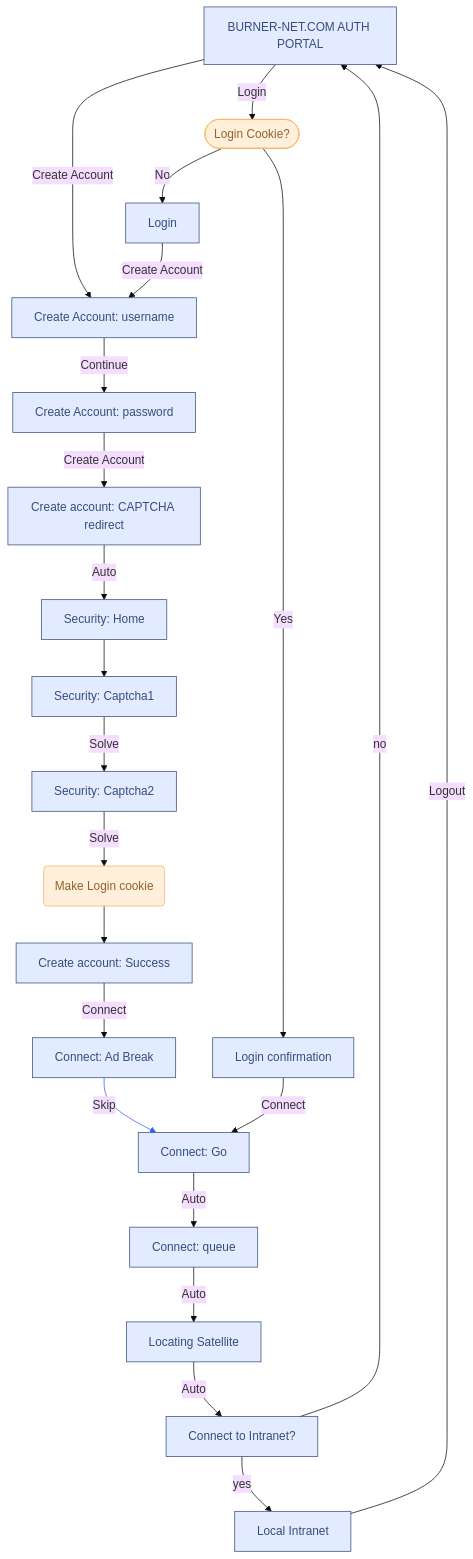
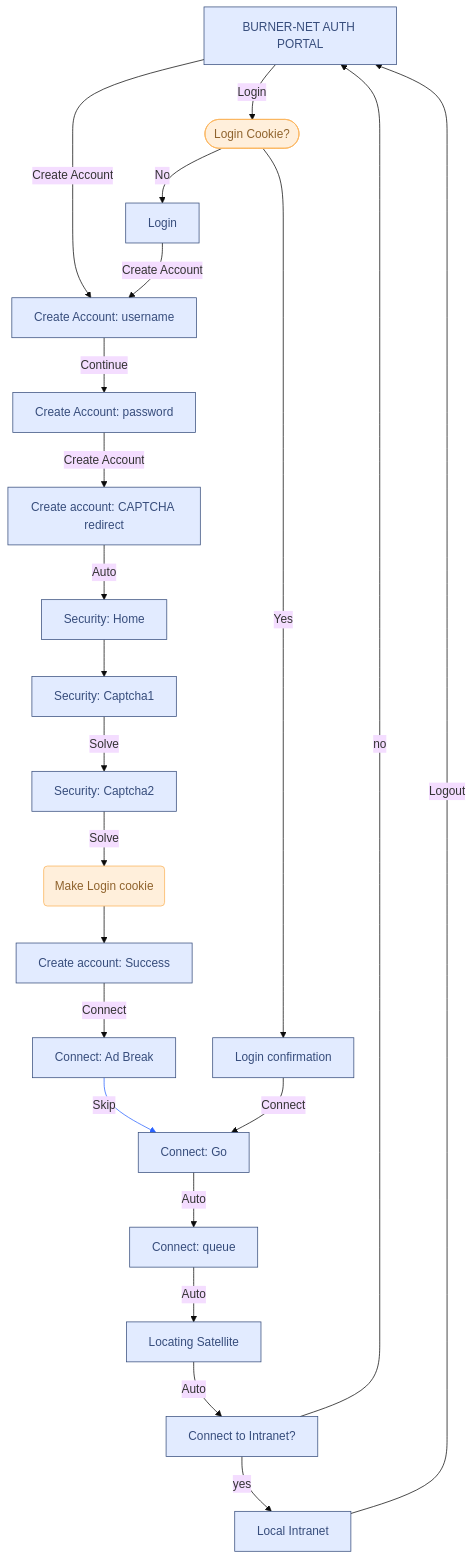
The diagram in sitemap.md (hollow-ping/fake-wifi-repo), drawn with Mermaid (base theme) before and after one commit. The commit also changed 12 other files, not shown here.

First line of the commit message:
Portal UI polish: BURNER-NET branding, ad break, queue spin, logout fix

````diff
--- a/sitemap.md
+++ b/sitemap.md
@@ -1,78 +1,78 @@
 ```mermaid
 ---
 config:
   layout: dagre
 ---
 flowchart TB
-    n1["BURNER-NET.COM AUTH PORTAL"] -- Create Account --> n2["Create Account: username"]
+    n1["BURNER-NET AUTH PORTAL"] -- Create Account --> n2["Create Account: username"]
     n1 -- Login --> n3(["Login Cookie?"])
     n3 -- No --> n4["Login"]
     n3 -- Yes --> n5["Login confirmation"]
     n2 -- Continue --> n6["Create Account: password"]
     n4 -- Create Account --> n2
     n6 -- Create Account --> n7["Create account: CAPTCHA redirect"]
     n8["Security: Captcha1"] -- Solve --> n9["Security: Captcha2"]
     n10["Create account: Success"] -- Connect --> n11["Connect: Ad Break"]
     n11 -- Skip --> n17["Connect: Go"]
     n5 -- Connect --> n17
     n23["Connect to Intranet?"] -- yes --> n24["Local Intranet"]
     n23 -- no --> n1
     n9 -- Solve --> n25["Make Login cookie"]
     n25 --> n10
     n7 -- Auto --> n26["Security: Home"]
     n26 --> n8
     n17 -- Auto --> n27["Connect: queue"]
     n27 -- Auto --> n18["Locating Satellite"]
     n18 -- Auto --> n23
     n24 -- Logout --> n1
 
     n1@{ shape: rect}
     n2@{ shape: rect}
     n4@{ shape: rect}
     n5@{ shape: rect}
     n6@{ shape: rect}
     n7@{ shape: rect}
     n8@{ shape: rect}
     n9@{ shape: rect}
     n10@{ shape: rect}
     n11@{ shape: rect}
     n25@{ shape: rounded}
      n1:::Sky
      n2:::Sky
      n3:::Peach
      n4:::Sky
      n5:::Sky
      n6:::Sky
      n7:::Sky
      n8:::Sky
      n9:::Sky
      n10:::Sky
      n11:::Sky
      n17:::Sky
      n23:::Sky
      n24:::Sky
      n25:::Peach
      n26:::Sky
      n27:::Sky
      n18:::Sky
     classDef Rose stroke-width:1px, stroke-dasharray:none, stroke:#FF5978, fill:#FFDFE5, color:#8E2236
     classDef Peach stroke-width:1px, stroke-dasharray:none, stroke:#FBB35A, fill:#FFEFDB, color:#8F632D
     classDef Sky stroke-width:1px, stroke-dasharray:none, stroke:#374D7C, fill:#E2EBFF, color:#374D7C
     click n1 "/index.html"
     click n2 "/create-account/start.html"
     click n4 "/login.html"
     click n5 "/login-success.html"
     click n6 "/create-account/set-password.html"
     click n7 "/create-account/error.html"
     click n8 "/verify/captcha_xr5u.html"
     click n9 "/verify/captcha_y2qu.html"
     click n10 "/create-account/success.html"
     click n11 "/connect/ad-break.html"
     click n17 "/connect/go.html"
     click n23 "/connect/error666.html"
     click n24 "/intranet/home.html"
     click n26 "/verify/home.html"
     click n27 "/connect/queue.html"
     click n18 "/connect/geolocate.html"
     linkStyle 9 stroke:#2962FF,fill:none
 ```
````
